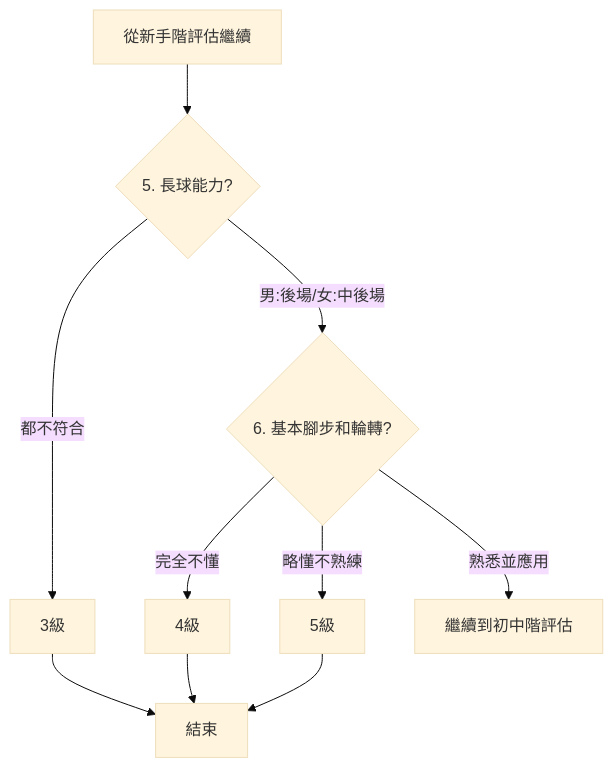
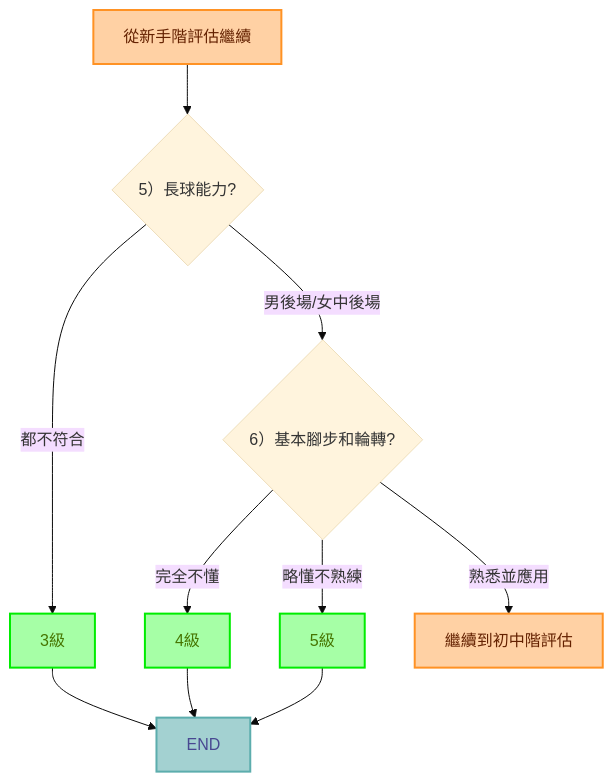
Before and after one commit to showaykerker/badminton-level-evaluator-linebot: the second of 4 diagrams in README.md, drawn with Mermaid (base theme). The commit also changed other lines of this file, not shown here.

Commit message:
doc: fix mermaid error and add color

````diff
--- a/README.md
+++ b/README.md
@@ -48,17 +52,22 @@
 ```mermaid
 
 graph TD
-    A[從新手階評估繼續] --> F{5. 長球能力?}
-
-    F -->|男:後場/女:中後場| G{6. 基本腳步和輪轉?}
+    A[從新手階評估繼續] --> F{"5）長球能力?"}
     F -->|都不符合| Z3[3級]
-
+    F -->|男後場/女中後場| G{"6）基本腳步和輪轉?"}
     G -->|完全不懂| Z4[4級]
     G -->|略懂不熟練| Z5[5級]
     G -->|熟悉並應用| H[繼續到初中階評估]
 
-    Z3 --> END[結束]
-    Z4 --> END
-    Z5 --> END
+    A:::nextStage
+    Z3:::determinedLevel --> END
+    Z4:::determinedLevel --> END
+    Z5:::determinedLevel --> END
+    H:::nextStage
+    END:::stopStage
+
+    classDef nextStage       fill:#FFD1A4,stroke:#FF9224,stroke-width:2px,color:#642100;
+    classDef determinedLevel fill:#A6FFA6,stroke:#00EC00,stroke-width:2px,color:#467500;
+    classDef stopStage       fill:#A3D1D1,stroke:#5CADAD,stroke-width:2px,color:#484891;
 
 ```
````
